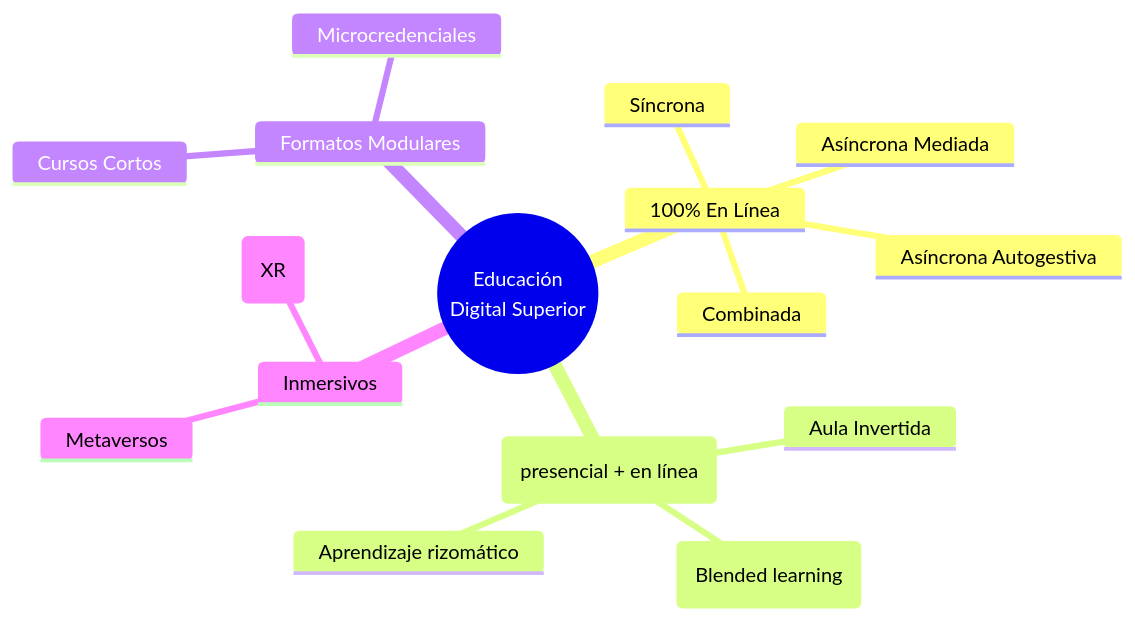
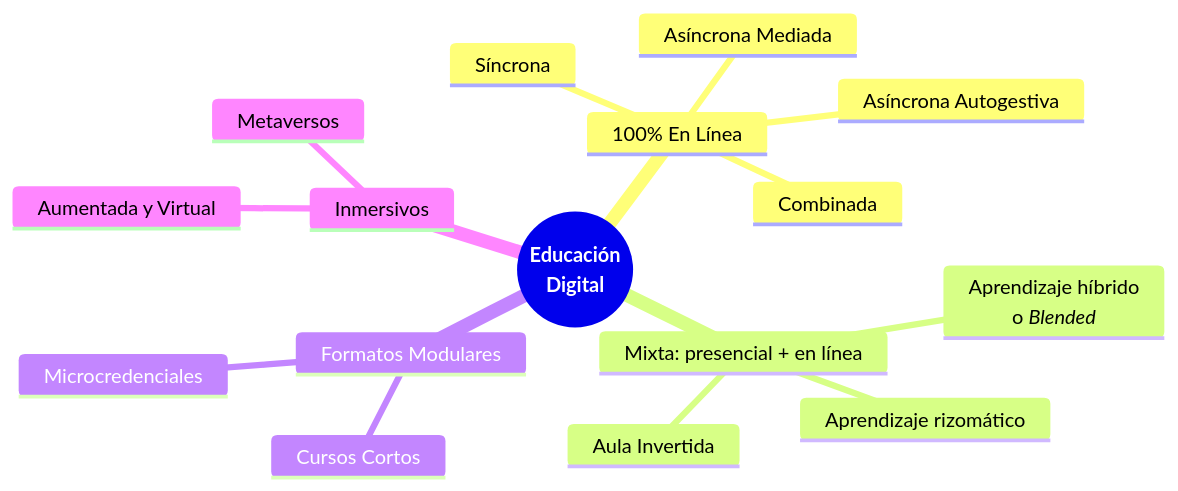
The diagram in content/ia-educacion/que-es-la-educacion-digital.md (arqueon/aprendizaje-ia), drawn with Mermaid before and after one commit. The commit also changed other lines of this file and 2 other files, not shown here.

Commit message:
refactor: update education digital content with new taxonomy, imagery, and pedagogical principles

````diff
--- a/content/ia-educacion/que-es-la-educacion-digital.md
+++ b/content/ia-educacion/que-es-la-educacion-digital.md
@@ -73,19 +73,19 @@
-```mermaid
+{{< mermaid >}}
 mindmap
-  root((Educación<br/>Digital Superior))
+  root((**Educación <br/>Digital**))
     100% En Línea
       Síncrona
       Asíncrona Autogestiva
       Asíncrona Mediada
       Combinada
-    Mixta (presencial + en línea)
+    Mixta: presencial + en línea
       Aula Invertida
-      Aprendizaje híbrido (Blended learning)
+      Aprendizaje híbrido<br/>o *Blended*
       Aprendizaje rizomático
     Formatos Modulares
       Microcredenciales
       Cursos Cortos
     Inmersivos
-      Aumentada y Virtual (XR)
+      Aumentada y Virtual 
       Metaversos 
-```
+{{< /mermaid >}}
````
